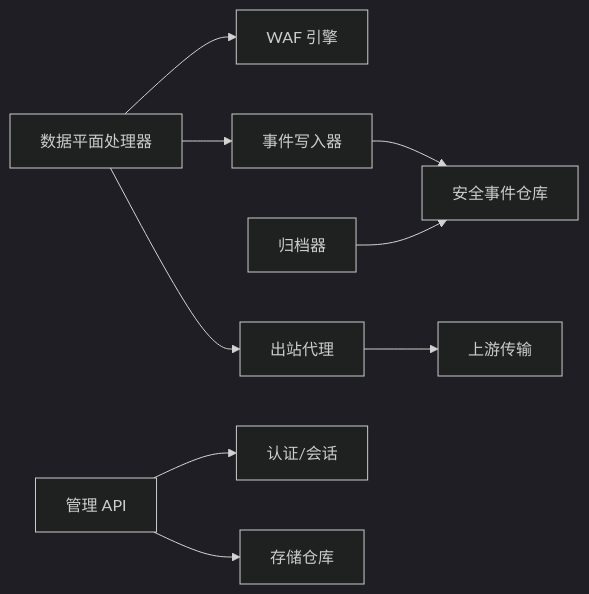
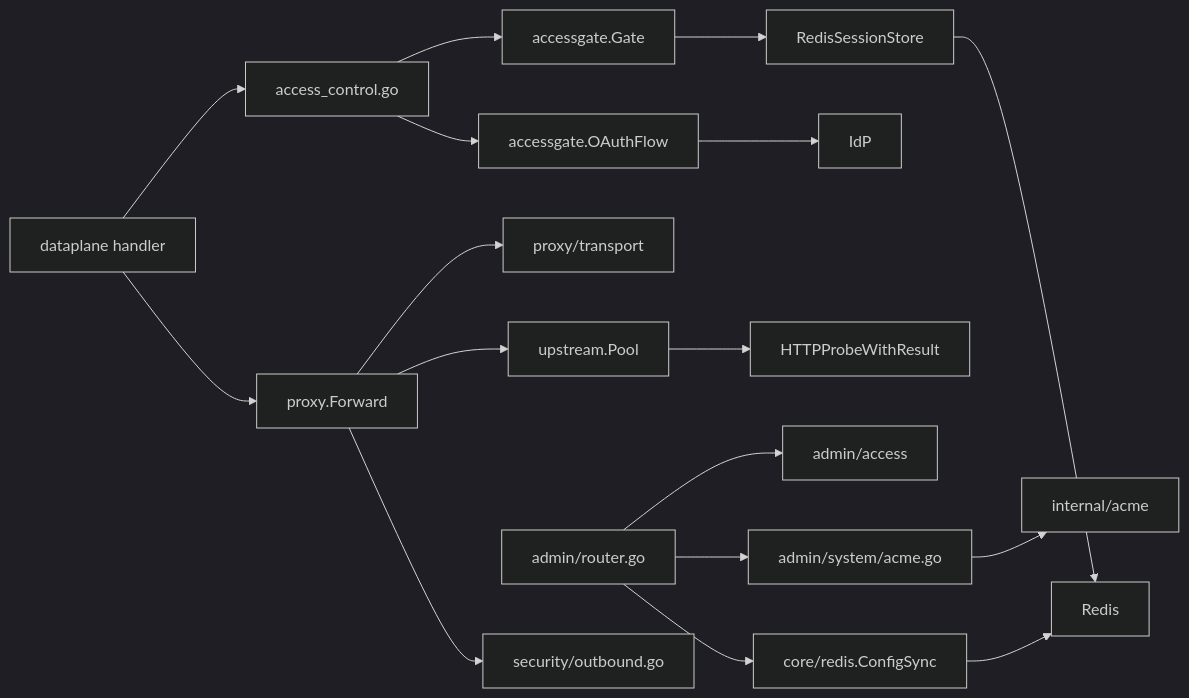
Before and after one commit to x01n/My-OpenWaf: the eighth of 9 diagrams in docs/扩展与插件系统/第三方集成/服务集成.md, drawn with Mermaid (dark theme). The commit also changed other lines of this file and 622 other files, not shown here.

````diff
--- a/docs/扩展与插件系统/第三方集成/服务集成.md
+++ b/docs/扩展与插件系统/第三方集成/服务集成.md
@@ -319,11 +507,19 @@
 ```mermaid
 graph LR
-DP["数据平面处理器"] --> ENG["WAF 引擎"]
-DP --> EW["事件写入器"]
-DP --> PRX["出站代理"]
-PRX --> TR["上游传输"]
-EW --> REPO["安全事件仓库"]
-ARCH["归档器"] --> REPO
-ADMIN["管理 API"] --> AUTH["认证/会话"]
-ADMIN --> STORE["存储仓库"]
+DP["dataplane handler"] --> AC["access_control.go"]
+DP --> PX["proxy.Forward"]
+PX --> TR["proxy/transport"]
+PX --> PL["upstream.Pool"]
+PL --> HP["HTTPProbeWithResult"]
+AC --> GT["accessgate.Gate"]
+AC --> OF["accessgate.OAuthFlow"]
+GT --> RS["RedisSessionStore"]
+OF --> IDP["IdP"]
+ADM["admin/router.go"] --> SEC["admin/access"]
+ADM --> ACM["admin/system/acme.go"]
+ACM --> ACME["internal/acme"]
+ADM --> CS["core/redis.ConfigSync"]
+CS --> RED["Redis"]
+RS --> RED
+PX --> SEC2["security/outbound.go"]
 ```
````
